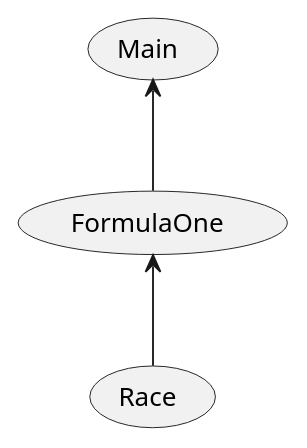
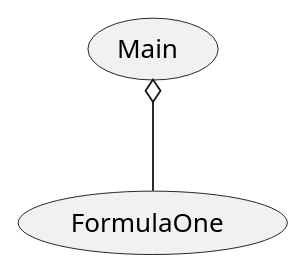
Before and after one commit to Peter537/Dat1-SP4: the diagram in Documentation/DomainModel.puml, drawn with PlantUML.

```diff
--- a/Documentation/DomainModel.puml
+++ b/Documentation/DomainModel.puml
@@ -1,7 +1,5 @@
 @startuml
 
-(Main) <-- (FormulaOne)
-
-(FormulaOne) <-- (Race)
+(Main) o-- (FormulaOne)
 
 @enduml
```
